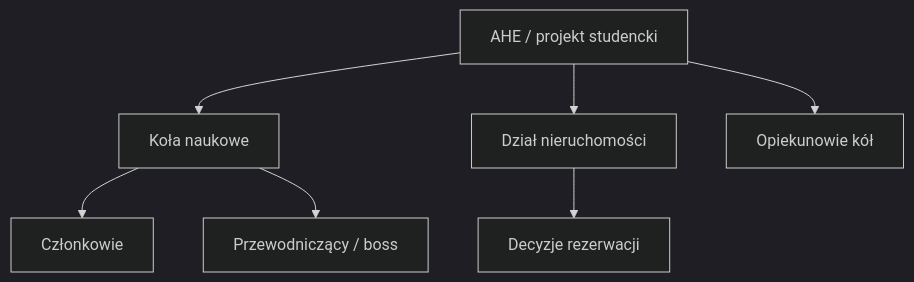
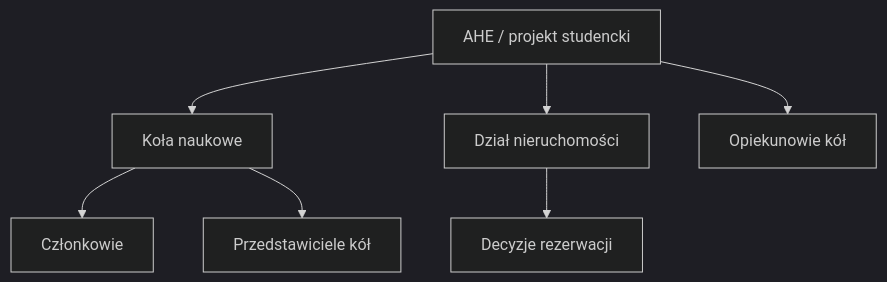
Before and after one commit to pawelkwaczynski/student_spot: the first of 3 diagrams in docs/PROJECT_REPORT.md, drawn with Mermaid (dark theme). The commit also changed other lines of this file and 20 other files, not shown here.

````diff
--- a/docs/PROJECT_REPORT.md
+++ b/docs/PROJECT_REPORT.md
@@ -7,9 +7,9 @@
 ```mermaid
 flowchart TD
   A["AHE / projekt studencki"] --> B["Koła naukowe"]
   A --> C["Dział nieruchomości"]
   A --> D["Opiekunowie kół"]
   B --> E["Członkowie"]
-  B --> F["Przewodniczący / boss"]
+  B --> F["Przedstawiciele kół"]
   C --> G["Decyzje rezerwacji"]
 ```
````
